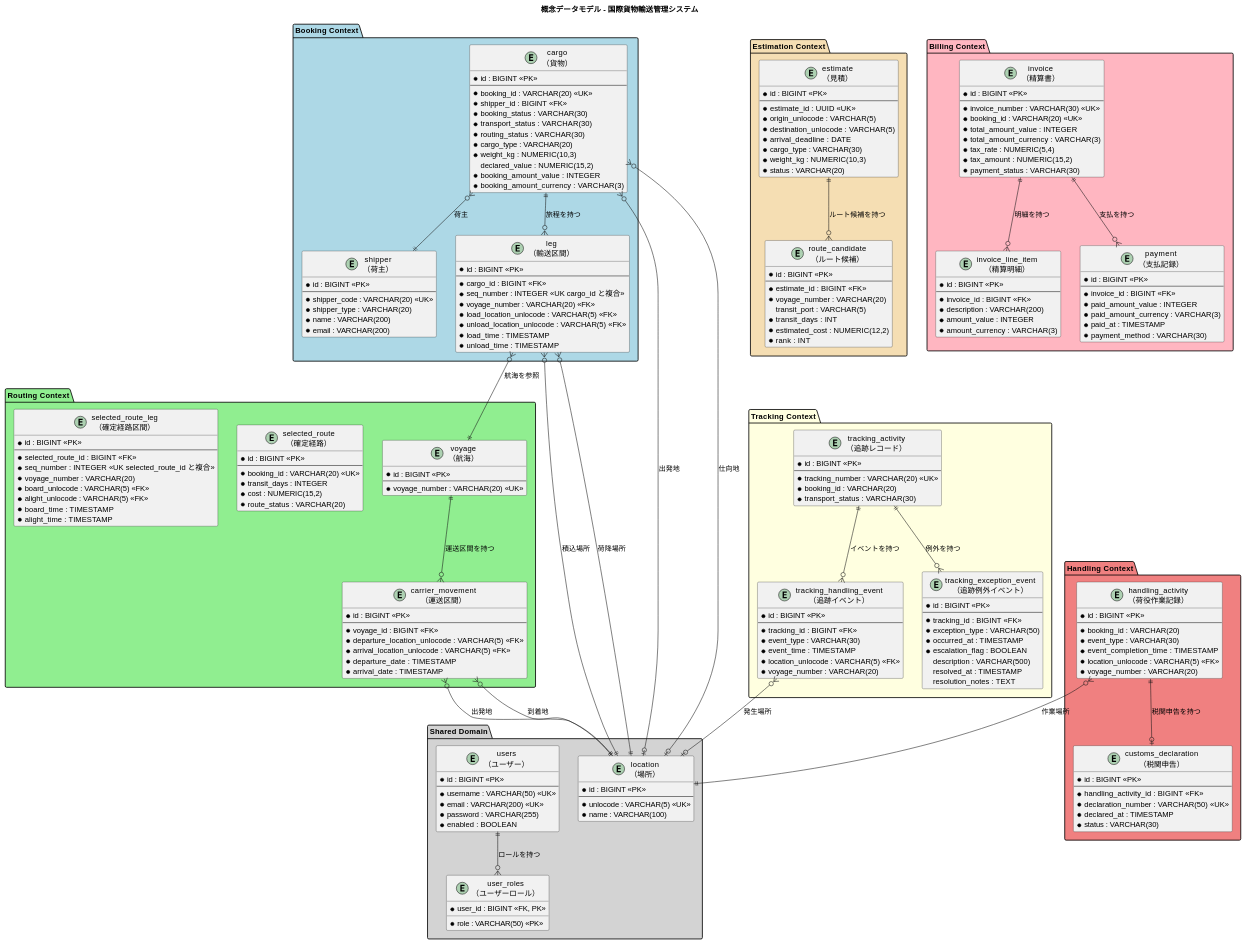
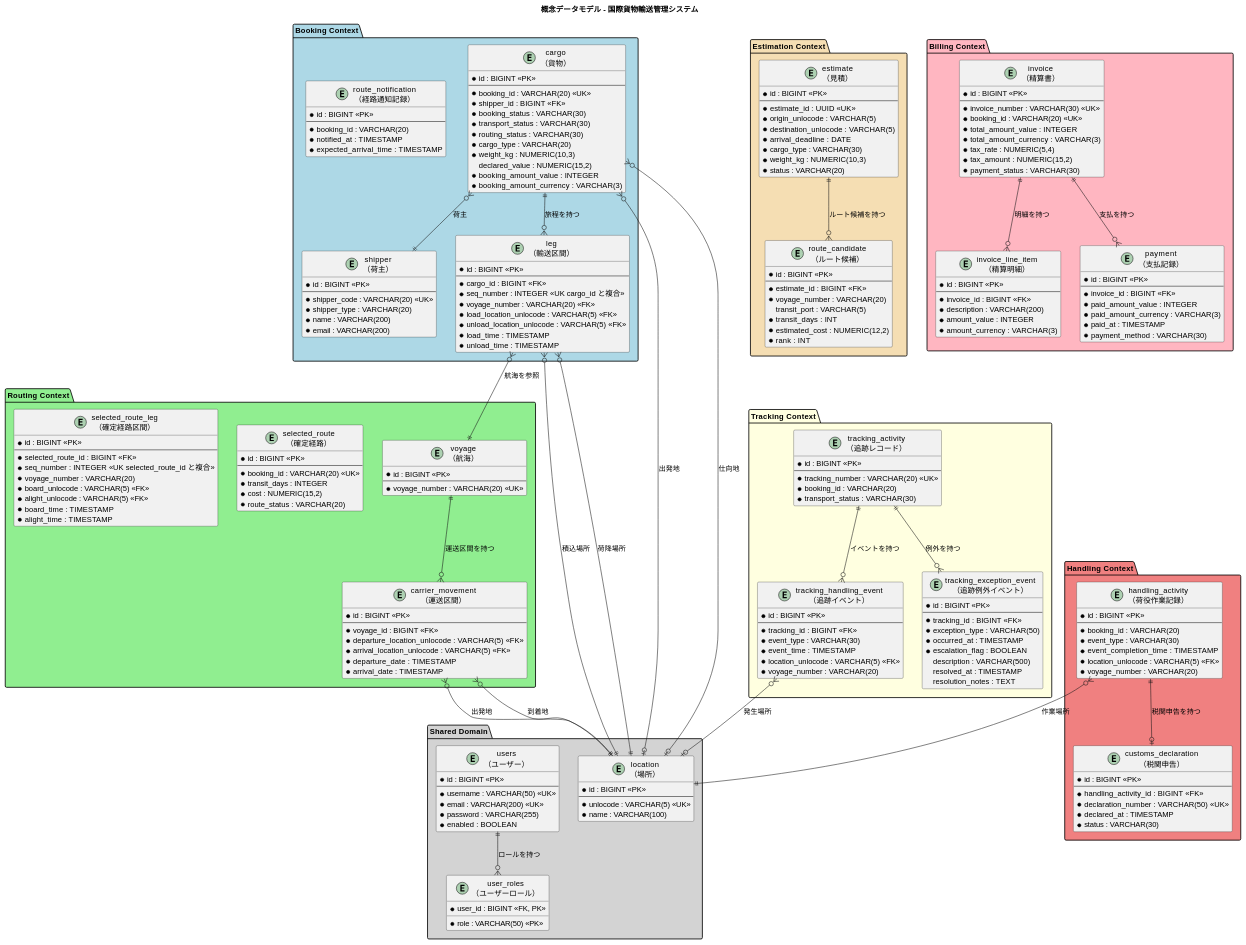
Before and after one commit to k2works/case-study-cargo-tracker: the first of 9 diagrams in docs/design/data-model.md, drawn with PlantUML. The commit also changed 11 other files, not shown here.

```diff
--- a/docs/design/data-model.md
+++ b/docs/design/data-model.md
@@ -97,6 +97,14 @@
     * unload_location_unlocode : VARCHAR(5) <<FK>>
     * load_time : TIMESTAMP
     * unload_time : TIMESTAMP
+  }
+
+  entity "route_notification\n（経路通知記録）" as route_notification {
+    * id : BIGINT <<PK>>
+    --
+    * booking_id : VARCHAR(20)
+    * notified_at : TIMESTAMP
+    * expected_arrival_time : TIMESTAMP
   }
 }
 
```
